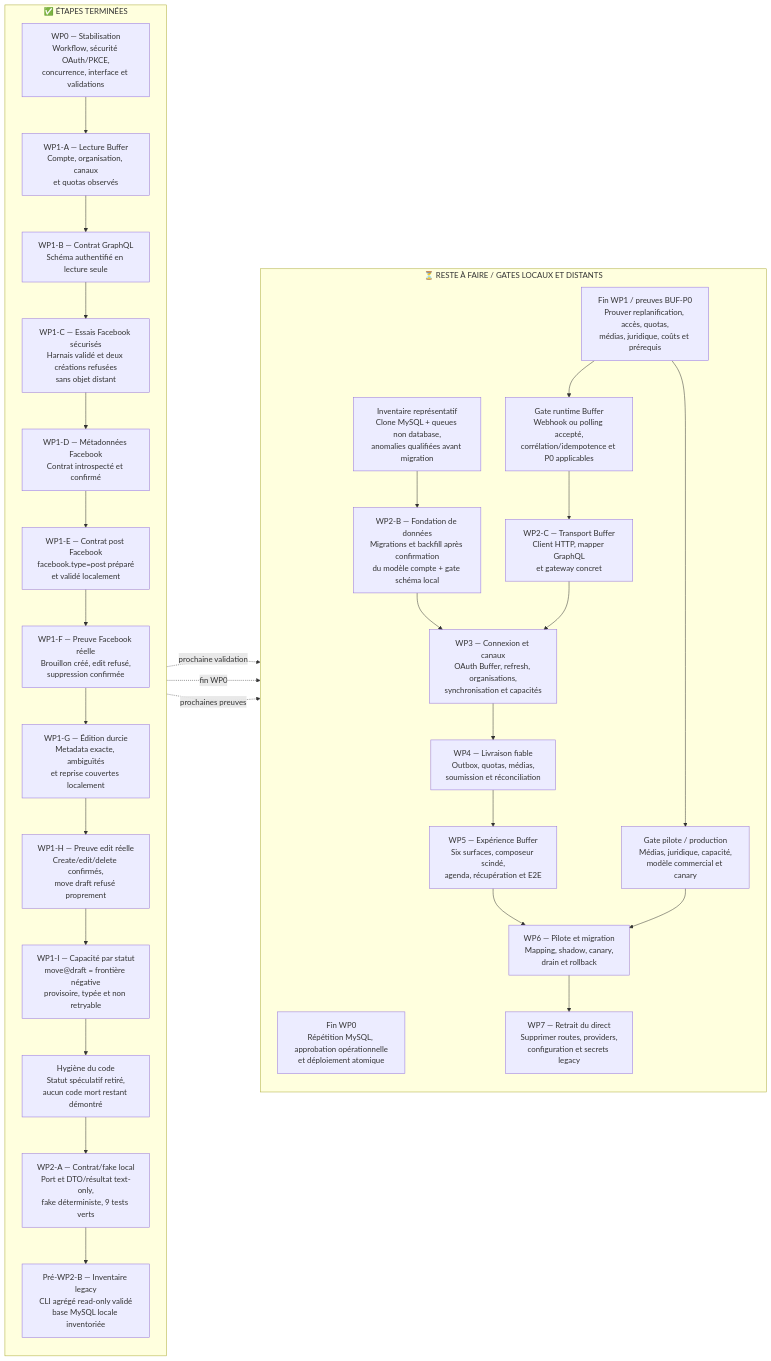
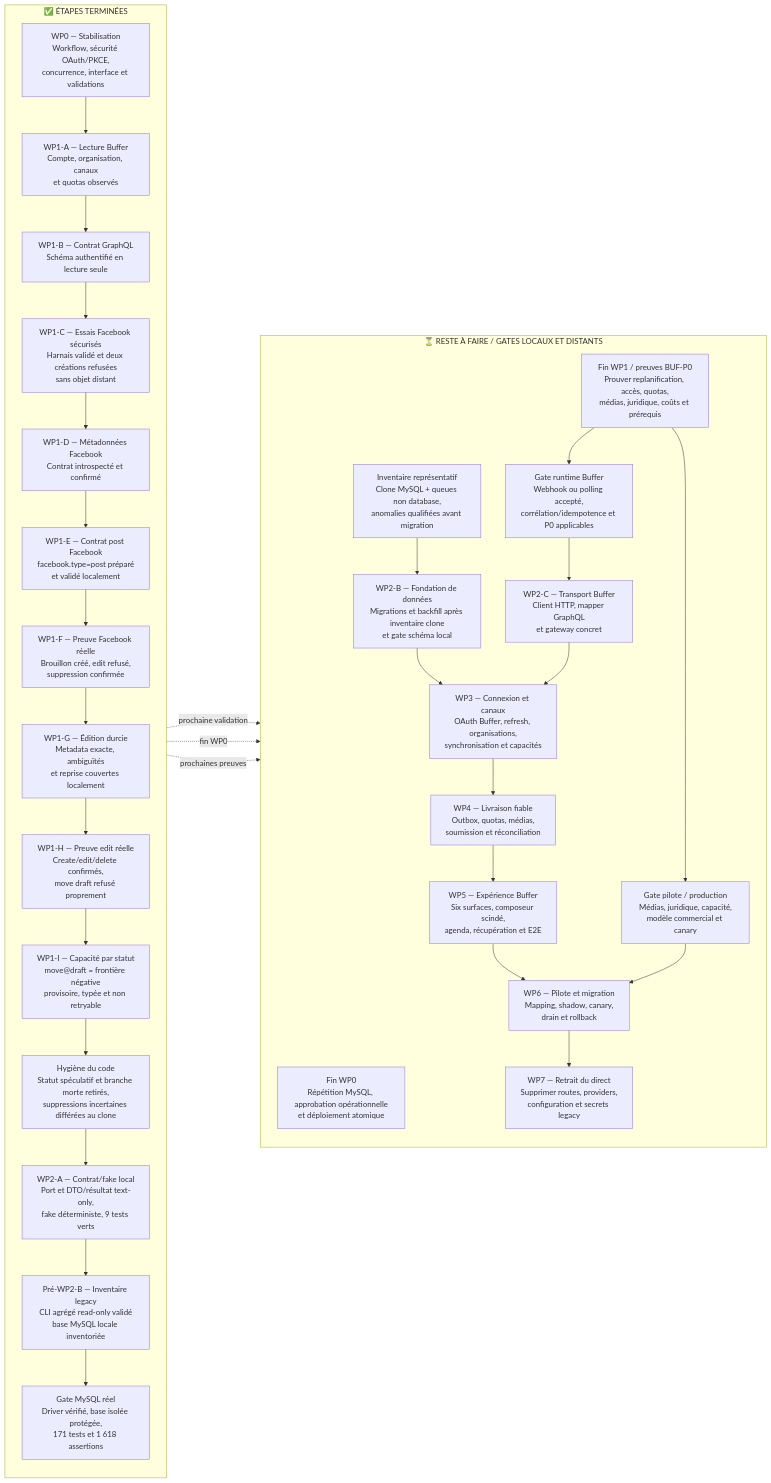
The diagram in docs/MALIKIA_PULSE_AVANCEMENT_VISUEL.md (Lenenba/mlkpro_v3), drawn with Mermaid before and after one commit. The commit also changed other lines of this file and 10 other files, not shown here.

````diff
--- a/docs/MALIKIA_PULSE_AVANCEMENT_VISUEL.md
+++ b/docs/MALIKIA_PULSE_AVANCEMENT_VISUEL.md
@@ -9,50 +11,51 @@
 ```mermaid
 flowchart LR
     subgraph DONE["✅ ÉTAPES TERMINÉES"]
         direction TB
         D0["WP0 — Stabilisation<br/>Workflow, sécurité OAuth/PKCE,<br/>concurrence, interface et validations"]
         D1A["WP1-A — Lecture Buffer<br/>Compte, organisation, canaux<br/>et quotas observés"]
         D1B["WP1-B — Contrat GraphQL<br/>Schéma authentifié en lecture seule"]
         D1C["WP1-C — Essais Facebook sécurisés<br/>Harnais validé et deux créations refusées<br/>sans objet distant"]
         D1D["WP1-D — Métadonnées Facebook<br/>Contrat introspecté et confirmé"]
         D1E["WP1-E — Contrat post Facebook<br/>facebook.type=post préparé<br/>et validé localement"]
         D1F["WP1-F — Preuve Facebook réelle<br/>Brouillon créé, edit refusé,<br/>suppression confirmée"]
         D1G["WP1-G — Édition durcie<br/>Metadata exacte, ambiguïtés<br/>et reprise couvertes localement"]
         D1H["WP1-H — Preuve edit réelle<br/>Create/edit/delete confirmés,<br/>move draft refusé proprement"]
         D1I["WP1-I — Capacité par statut<br/>move@draft = frontière négative<br/>provisoire, typée et non retryable"]
-        DQ["Hygiène du code<br/>Statut spéculatif retiré,<br/>aucun code mort restant démontré"]
+        DQ["Hygiène du code<br/>Statut spéculatif et branche morte retirés,<br/>suppressions incertaines différées au clone"]
         D2["WP2-A — Contrat/fake local<br/>Port et DTO/résultat text-only,<br/>fake déterministe, 9 tests verts"]
         DI["Pré-WP2-B — Inventaire legacy<br/>CLI agrégé read-only validé<br/>base MySQL locale inventoriée"]
+        DM["Gate MySQL réel<br/>Driver vérifié, base isolée protégée,<br/>171 tests et 1 618 assertions"]
 
-        D0 --> D1A --> D1B --> D1C --> D1D --> D1E --> D1F --> D1G --> D1H --> D1I --> DQ --> D2 --> DI
+        D0 --> D1A --> D1B --> D1C --> D1D --> D1E --> D1F --> D1G --> D1H --> D1I --> DQ --> D2 --> DI --> DM
     end
 
     subgraph TODO["⏳ RESTE À FAIRE / GATES LOCAUX ET DISTANTS"]
         direction TB
         T0["Fin WP0<br/>Répétition MySQL, approbation opérationnelle<br/>et déploiement atomique"]
         T1["Fin WP1 / preuves BUF-P0<br/>Prouver replanification, accès, quotas,<br/>médias, juridique, coûts et prérequis"]
         GR["Gate runtime Buffer<br/>Webhook ou polling accepté,<br/>corrélation/idempotence et P0 applicables"]
         GP["Gate pilote / production<br/>Médias, juridique, capacité,<br/>modèle commercial et canary"]
         TI["Inventaire représentatif<br/>Clone MySQL + queues non database,<br/>anomalies qualifiées avant migration"]
-        T2B["WP2-B — Fondation de données<br/>Migrations et backfill après confirmation<br/>du modèle compte + gate schéma local"]
+        T2B["WP2-B — Fondation de données<br/>Migrations et backfill après inventaire clone<br/>et gate schéma local"]
         T2C["WP2-C — Transport Buffer<br/>Client HTTP, mapper GraphQL<br/>et gateway concret"]
         T3["WP3 — Connexion et canaux<br/>OAuth Buffer, refresh, organisations,<br/>synchronisation et capacités"]
         T4["WP4 — Livraison fiable<br/>Outbox, quotas, médias,<br/>soumission et réconciliation"]
         T5["WP5 — Expérience Buffer<br/>Six surfaces, composeur scindé,<br/>agenda, récupération et E2E"]
         T6["WP6 — Pilote et migration<br/>Mapping, shadow, canary,<br/>drain et rollback"]
         T7["WP7 — Retrait du direct<br/>Supprimer routes, providers,<br/>configuration et secrets legacy"]
 
         T1 --> GR
         T1 --> GP
         GR --> T2C
         TI --> T2B
         T2B --> T3
         T2C --> T3
         T3 --> T4 --> T5 --> T6 --> T7
         GP --> T6
     end
 
-    DI -. prochaine validation .-> TI
+    DM -. prochaine validation .-> TI
     DI -. fin WP0 .-> T0
     DI -. prochaines preuves .-> T1
 ```
````
